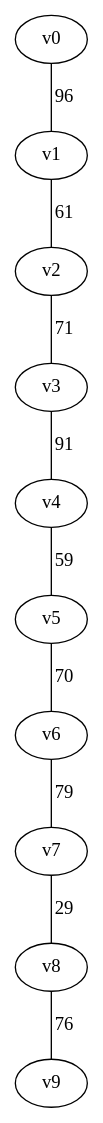
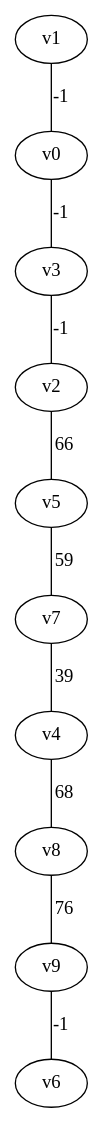
Before and after one commit to japie1235813/Algo_PA3: the diagram in outputs/gn10_dfs_2.dot, drawn with Graphviz. The commit also changed 12 other files, not shown here.

```diff
--- a/outputs/gn10_dfs_2.dot
+++ b/outputs/gn10_dfs_2.dot
@@ -1,11 +1,11 @@
 graph gn10_dfs {
-v0 -- v1 [label = "96"];
-v1 -- v2 [label = "61"];
-v2 -- v3 [label = "71"];
-v3 -- v4 [label = "91"];
-v4 -- v5 [label = "59"];
-v5 -- v6 [label = "70"];
-v6 -- v7 [label = "79"];
-v7 -- v8 [label = "29"];
+v1 -- v0 [label = "-1"];
+v0 -- v3 [label = "-1"];
+v3 -- v2 [label = "-1"];
+v2 -- v5 [label = "66"];
+v5 -- v7 [label = "59"];
+v7 -- v4 [label = "39"];
+v4 -- v8 [label = "68"];
 v8 -- v9 [label = "76"];
+v9 -- v6 [label = "-1"];
 }
```
